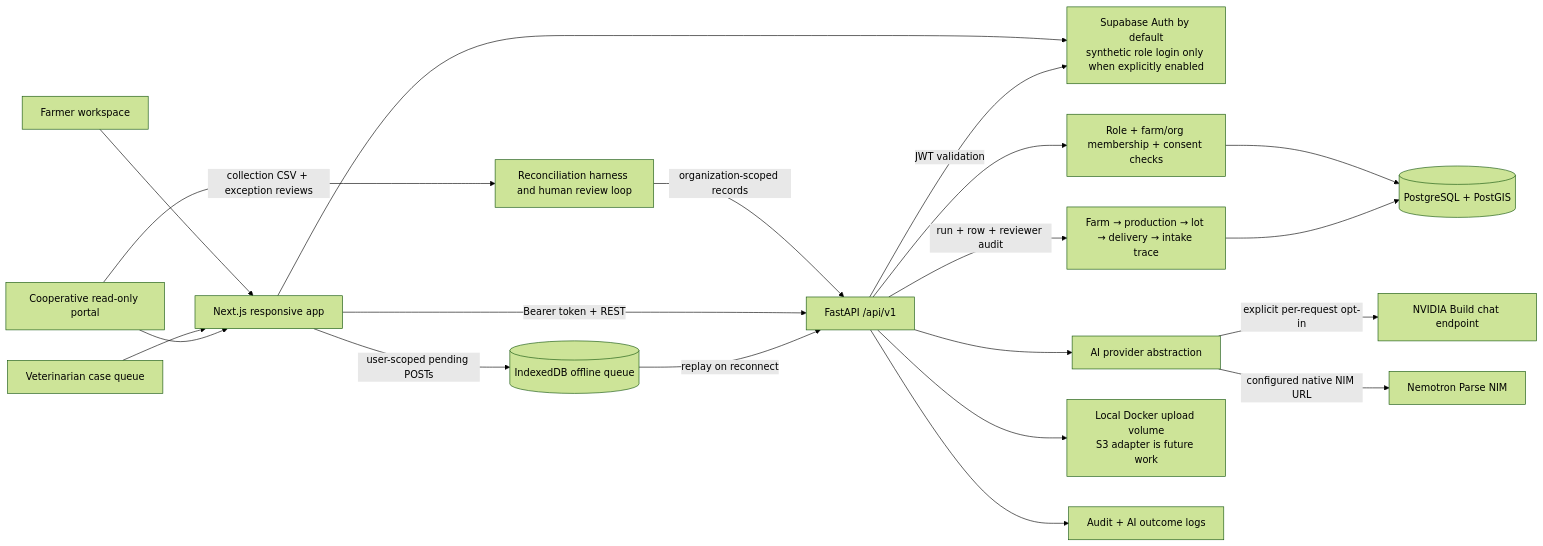
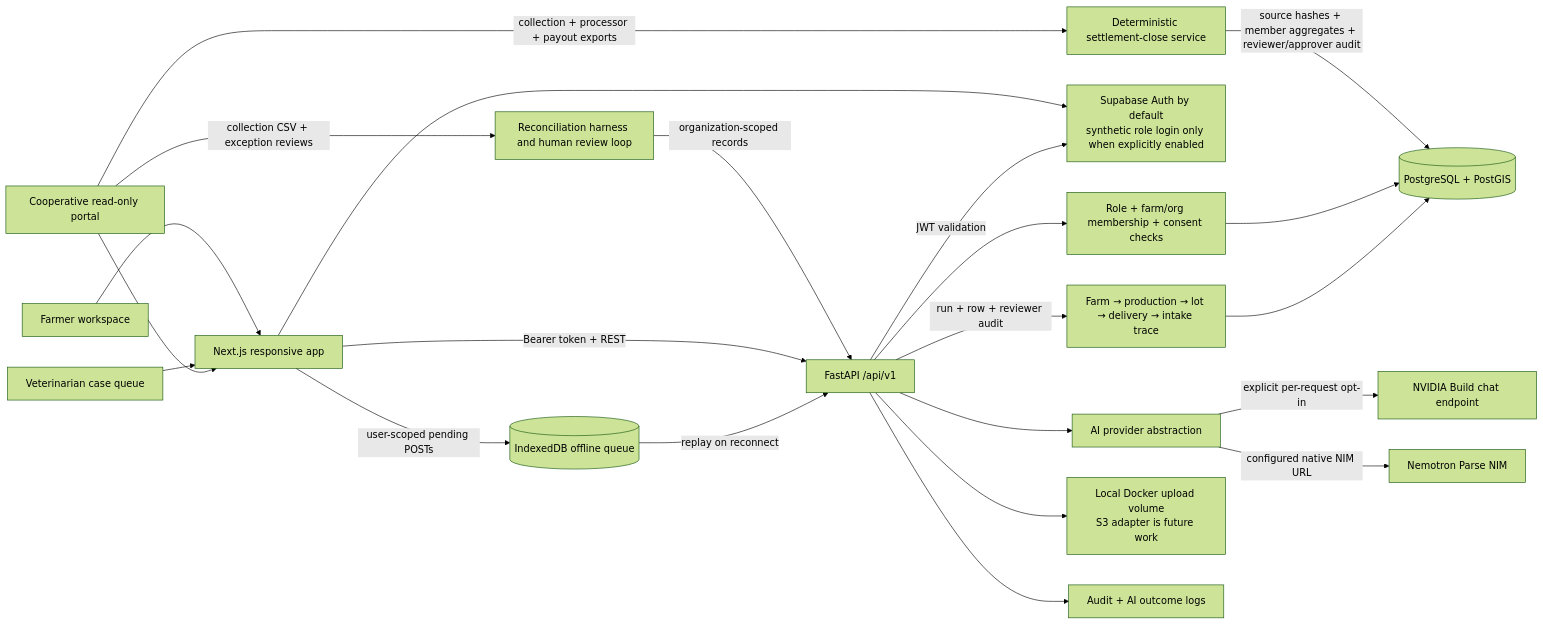
Before and after one commit to Jaybe-123456/Terravanta: the diagram in docs/ARCHITECTURE.md, drawn with Mermaid (forest theme). The commit also changed other lines of this file and 13 other files, not shown here.

Commit message:
Build cooperative settlement close workflow

````diff
--- a/docs/ARCHITECTURE.md
+++ b/docs/ARCHITECTURE.md
@@ -3,22 +3,24 @@
 ```mermaid
 flowchart LR
   Farmer[Farmer workspace] --> Web[Next.js responsive app]
   Vet[Veterinarian case queue] --> Web
   Coop[Cooperative read-only portal] --> Web
   Coop -->|collection CSV + exception reviews| Service[Reconciliation harness and human review loop]
+  Coop -->|collection + processor + payout exports| Close[Deterministic settlement-close service]
+  Close -->|source hashes + member aggregates + reviewer/approver audit| DB
   Service -->|organization-scoped records| API
   Web -->|Bearer token + REST| API[FastAPI /api/v1]
   Web -->|user-scoped pending POSTs| IDB[(IndexedDB offline queue)]
   IDB -->|replay on reconnect| API
   Web --> Auth[Supabase Auth by default<br/>synthetic role login only when explicitly enabled]
   API -->|JWT validation| Auth
   API --> Access[Role + farm/org membership + consent checks]
   Access --> DB[(PostgreSQL + PostGIS)]
   API -->|run + row + reviewer audit| Graph[Farm → production → lot → delivery → intake trace]
   Graph --> DB
   API --> AI[AI provider abstraction]
   AI -->|explicit per-request opt-in| NIM[NVIDIA Build chat endpoint]
   AI -->|configured native NIM URL| Parse[Nemotron Parse NIM]
   API --> Files[Local Docker upload volume<br/>S3 adapter is future work]
   API --> Logs[Audit + AI outcome logs]
 ```
````
